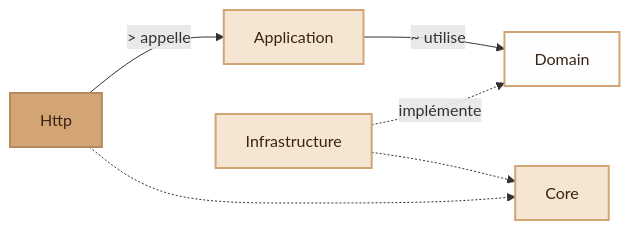
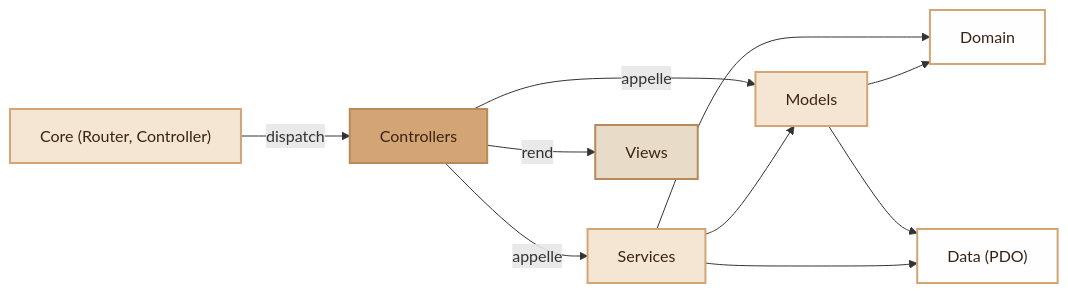
Before and after one commit to LoanALLARD/I-AMU_Web_APP: the second of 3 diagrams in docs/design/app_architecture.md, drawn with Mermaid. The commit also changed other lines of this file and 2 other files, not shown here.

First line of the commit message:
Update project documentation to clarify architecture and coding conventions

````diff
--- a/docs/design/app_architecture.md
+++ b/docs/design/app_architecture.md
@@ -304,18 +287,17 @@
 ```mermaid
 graph LR
-    Http["Http"]:::chamois
-    App["Application"]:::beige
-    Dom["Domain"]:::blanc
-    Infra["Infrastructure"]:::beige
-    Core["Core"]:::beige
-
-    Http -->|"> appelle"| App
-    App -->|"~ utilise"| Dom
-    Infra -.->|"implémente"| Dom
-    Http -.-> Core
-    Infra -.-> Core
+    Core["Core (Router, Controller)"]:::beige -->|"dispatch"| Ctrl["Controllers"]:::chamois
+    Ctrl -->|"appelle"| Serv["Services"]:::beige
+    Ctrl -->|"appelle"| Mod["Models"]:::beige
+    Ctrl -->|"rend"| View["Views"]:::success
+    Serv --> Mod
+    Serv --> Dom["Domain"]:::blanc
+    Mod --> Dom
+    Mod --> Data["Data (PDO)"]:::blanc
+    Serv --> Data
 
     classDef chamois fill:#d4a574,color:#3b2314,stroke:#b8895a,stroke-width:2px
     classDef blanc fill:#fefefe,color:#3b2314,stroke:#d4a574,stroke-width:2px
     classDef beige fill:#f5e6d3,color:#3b2314,stroke:#d4a574,stroke-width:2px
+    classDef success fill:#e8dcc8,color:#3b2314,stroke:#b8895a,stroke-width:2px
 ```
````
